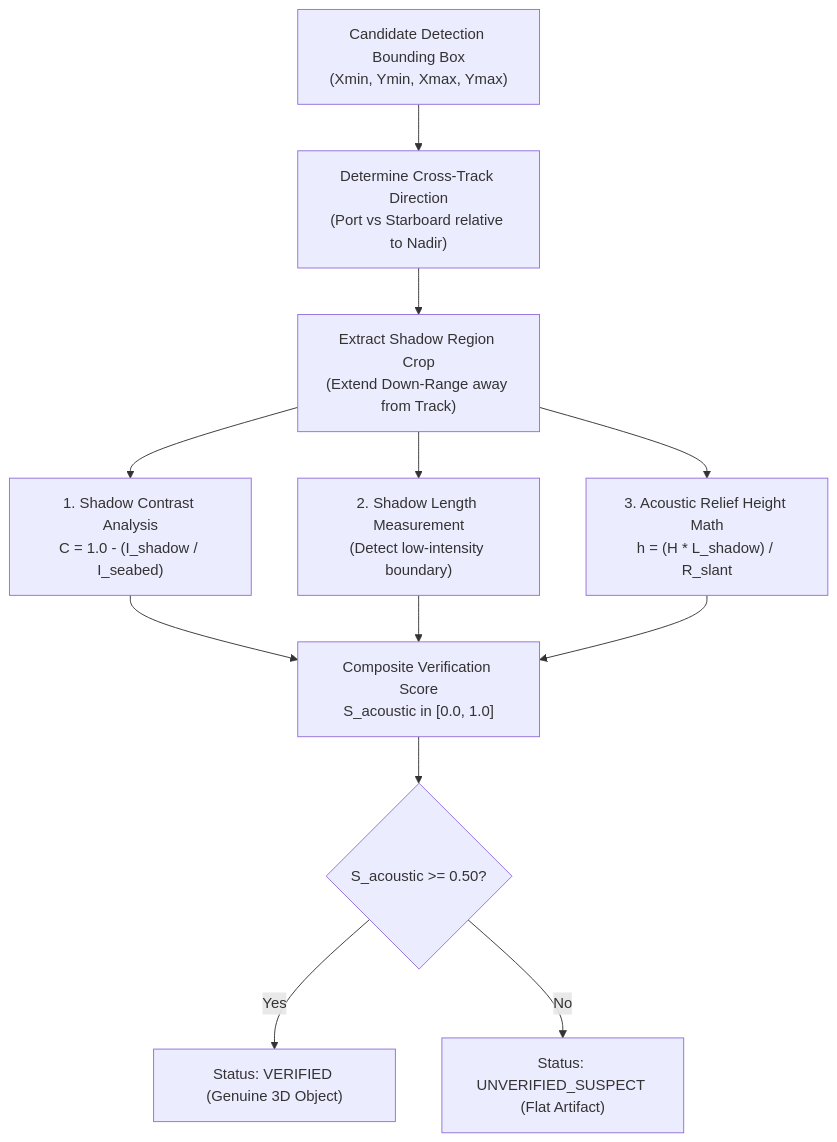
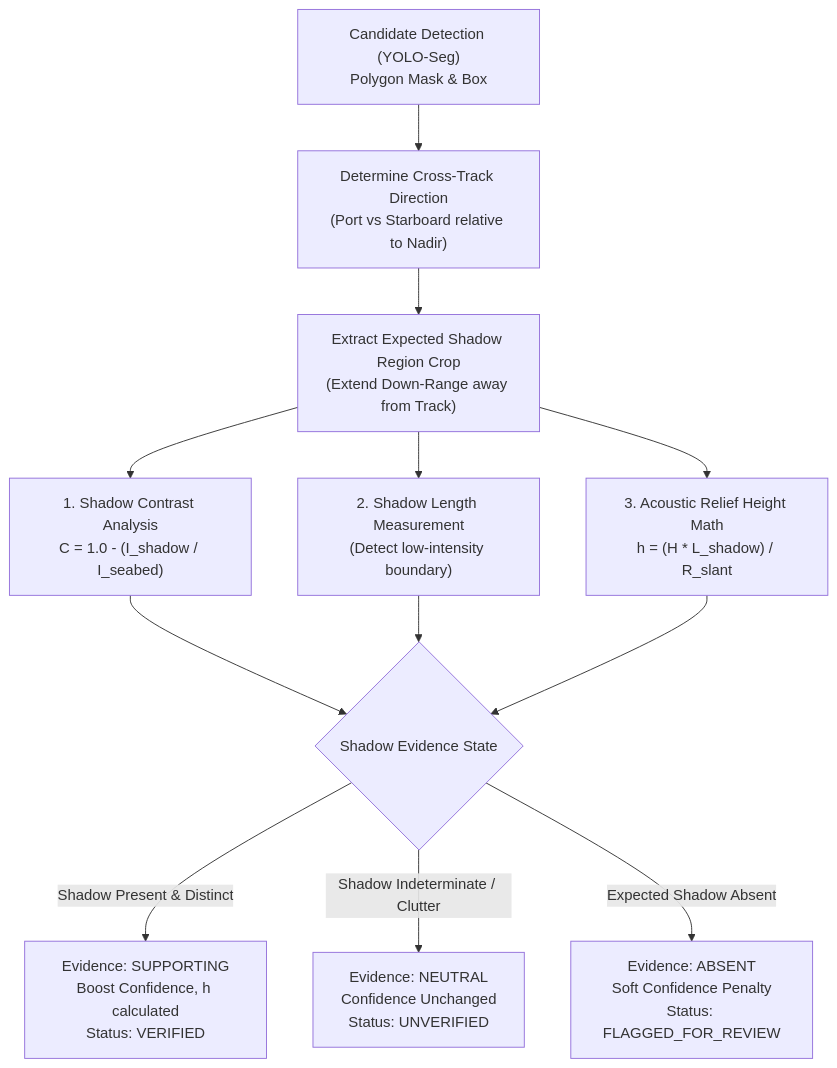
Before and after one commit to RaghavKacker/Aqua-Sentinel: the sixth of 10 diagrams in PROJECT_SPECIFICATION.md, drawn with Mermaid. The commit also changed other lines of this file and 99 other files, not shown here.

````diff
--- a/PROJECT_SPECIFICATION.md
+++ b/PROJECT_SPECIFICATION.md
@@ -580,12 +574,12 @@
 ```mermaid
 flowchart TD
-    DET["Candidate Detection Bounding Box<br/>(Xmin, Ymin, Xmax, Ymax)"] --> GEOM["Determine Cross-Track Direction<br/>(Port vs Starboard relative to Nadir)"]
-    GEOM --> CROP["Extract Shadow Region Crop<br/>(Extend Down-Range away from Track)"]
+    DET["Candidate Detection (YOLO-Seg)<br/>Polygon Mask & Box"] --> GEOM["Determine Cross-Track Direction<br/>(Port vs Starboard relative to Nadir)"]
+    GEOM --> CROP["Extract Expected Shadow Region Crop<br/>(Extend Down-Range away from Track)"]
     CROP --> CONTRAST["1. Shadow Contrast Analysis<br/>C = 1.0 - (I_shadow / I_seabed)"]
     CROP --> LENGTH["2. Shadow Length Measurement<br/>(Detect low-intensity boundary)"]
     CROP --> RELIEF["3. Acoustic Relief Height Math<br/>h = (H * L_shadow) / R_slant"]
-    CONTRAST & LENGTH & RELIEF --> SCORE["Composite Verification Score<br/>S_acoustic in [0.0, 1.0]"]
-    SCORE --> DECIDE{"S_acoustic >= 0.50?"}
-    DECIDE -->|Yes| PASS["Status: VERIFIED (Genuine 3D Object)"]
-    DECIDE -->|No| FAIL["Status: UNVERIFIED_SUSPECT (Flat Artifact)"]
+    CONTRAST & LENGTH & RELIEF --> EVAL{"Shadow Evidence State"}
+    EVAL -->|Shadow Present & Distinct| PASS["Evidence: SUPPORTING<br/>Boost Confidence, h calculated<br/>Status: VERIFIED"]
+    EVAL -->|Shadow Indeterminate / Clutter| UNCLEAR["Evidence: NEUTRAL<br/>Confidence Unchanged<br/>Status: UNVERIFIED"]
+    EVAL -->|Expected Shadow Absent| ABSENT["Evidence: ABSENT<br/>Soft Confidence Penalty<br/>Status: FLAGGED_FOR_REVIEW"]
 ```
````
